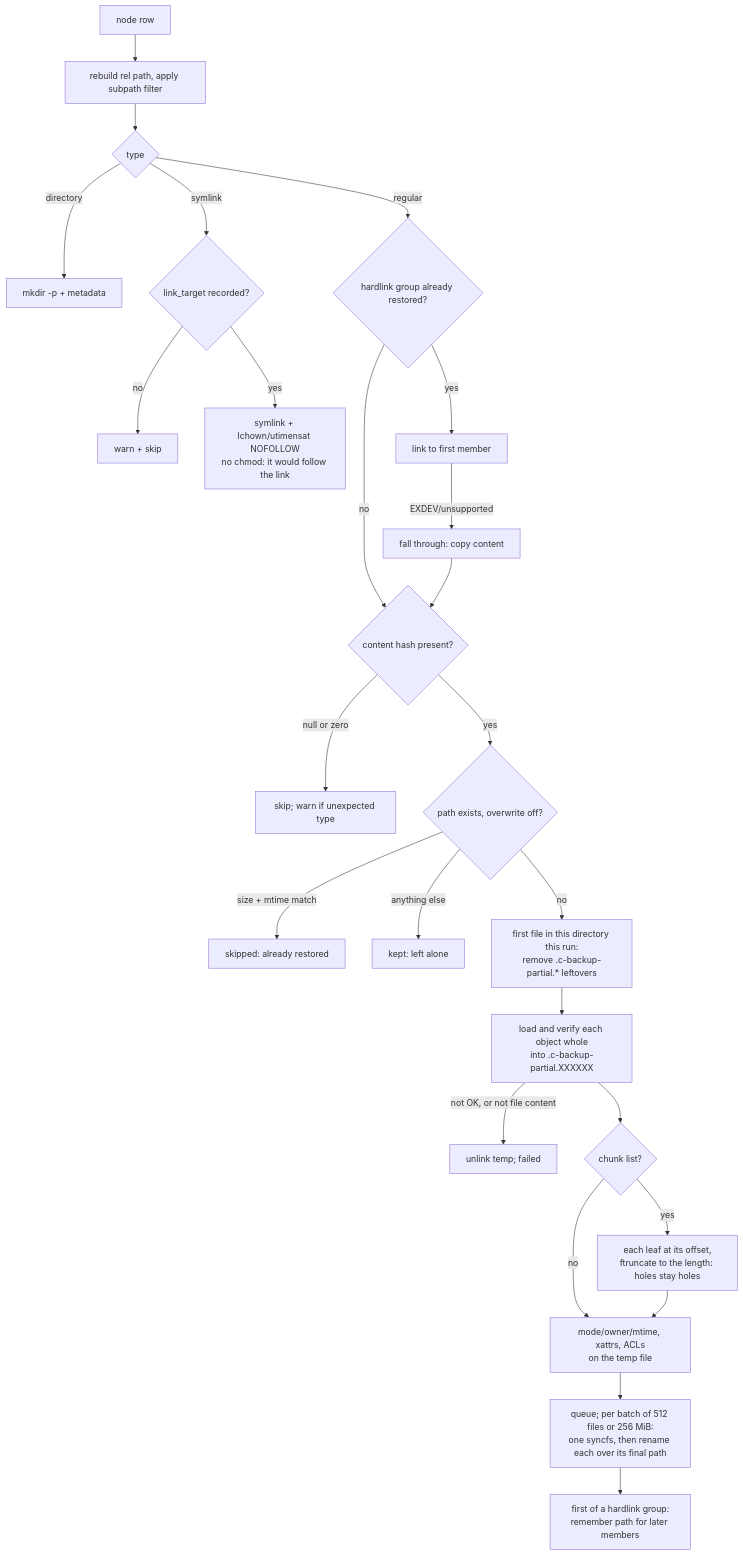
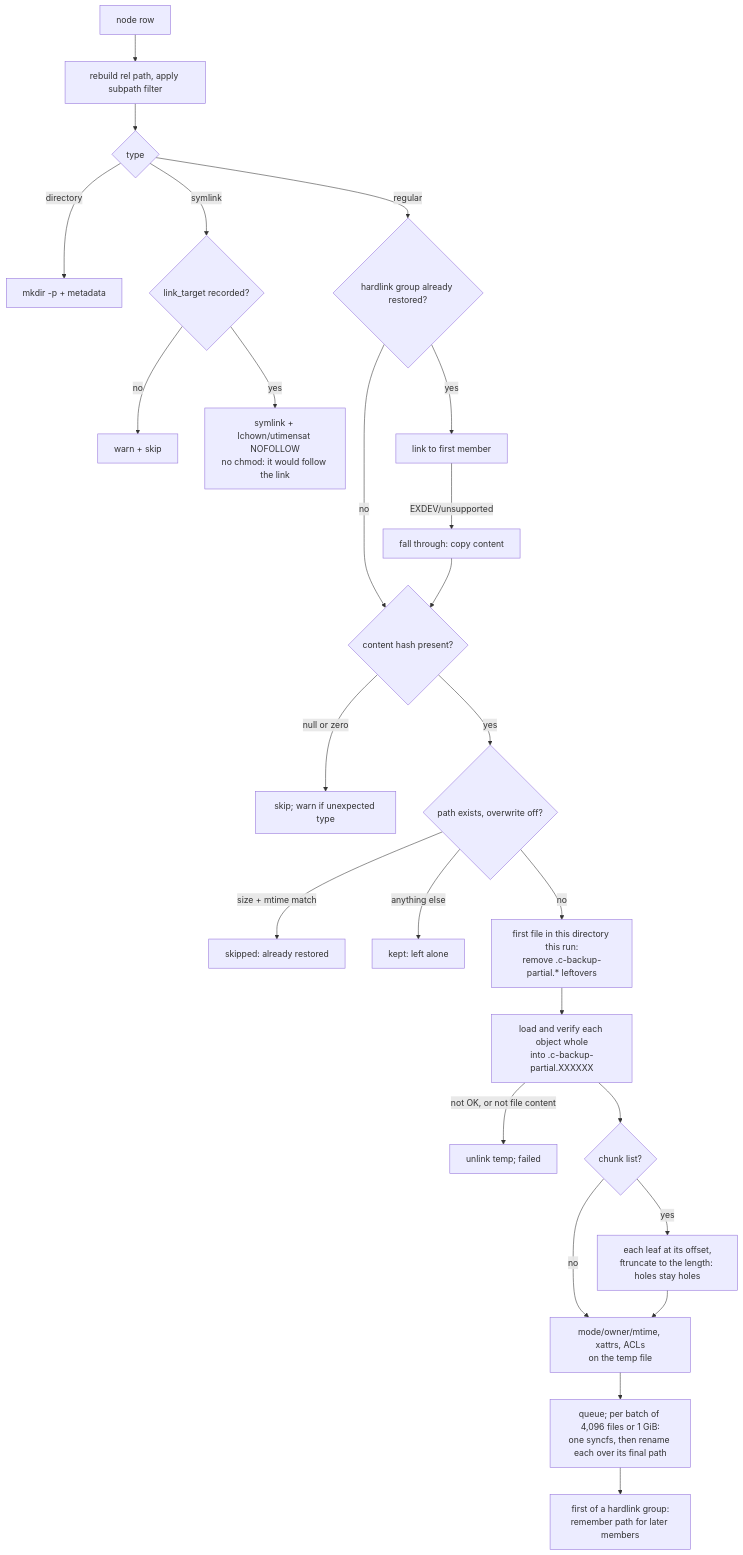
Before and after one commit to vifair22/c-backup: the third of 3 diagrams in docs/data-paths.md, drawn with Mermaid. The commit also changed other lines of this file and 1 other file, not shown here.

First line of the commit message:
Restore with larger syncfs batches and a per-restore parent cache

````diff
--- a/docs/data-paths.md
+++ b/docs/data-paths.md
@@ -491,27 +491,27 @@
 ```mermaid
 flowchart TD
     N[node row] --> P[rebuild rel path, apply subpath filter]
     P --> T{type}
     T -->|directory| MD[mkdir -p + metadata]
     T -->|symlink| SL{link_target recorded?}
     SL -->|no| SKIP1[warn + skip]
     SL -->|yes| SLC[symlink + lchown/utimensat NOFOLLOW<br>no chmod: it would follow the link]
     T -->|regular| HL{hardlink group already restored?}
     HL -->|yes| LN[link to first member]
     LN -->|EXDEV/unsupported| CP[fall through: copy content]
     HL -->|no| CH{content hash present?}
     CP --> CH
     CH -->|null or zero| SKIP2[skip; warn if unexpected type]
     CH -->|yes| EX{path exists, overwrite off?}
     EX -->|size + mtime match| SKIP3[skipped: already restored]
     EX -->|anything else| KEPT[kept: left alone]
     EX -->|no| SW[first file in this directory this run:<br>remove .c-backup-partial.* leftovers]
     SW --> ST[load and verify each object whole<br>into .c-backup-partial.XXXXXX]
     ST -->|not OK, or not file content| DEL[unlink temp; failed]
     ST --> SP{chunk list?}
     SP -->|yes| SCAT[each leaf at its offset,<br>ftruncate to the length: holes stay holes]
     SP -->|no| META[mode/owner/mtime, xattrs, ACLs<br>on the temp file]
     SCAT --> META
-    META --> REN[queue; per batch of 512 files or 256 MiB:<br>one syncfs, then rename each over its final path]
+    META --> REN[queue; per batch of 4,096 files or 1 GiB:<br>one syncfs, then rename each over its final path]
     REN --> REM[first of a hardlink group:<br>remember path for later members]
 ```
````
